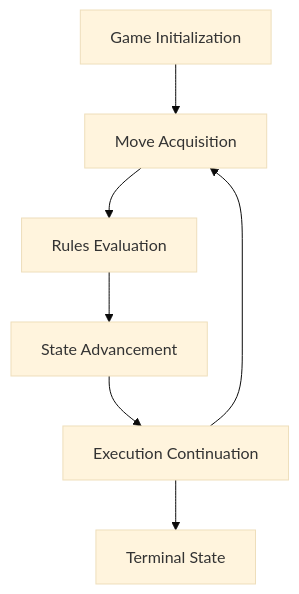
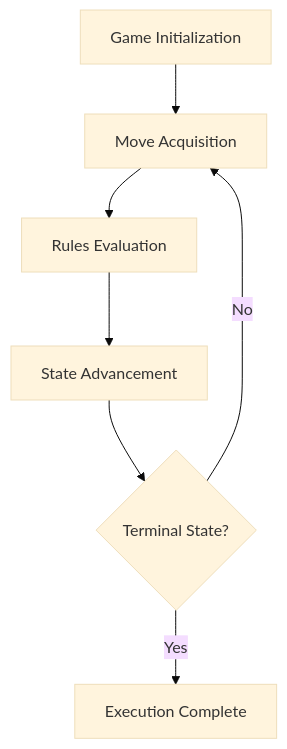
One commit to jagraves21/ludus changed the fourth of 4 diagrams in docs/EXECUTION_MODEL.md. Above: the diagram before and after it, drawn with Mermaid (base theme). The commit also changed other lines of this file and 1 other file, not shown here.

First line of the commit message:
Update Execution Model (#5)

````diff
--- a/docs/EXECUTION_MODEL.md
+++ b/docs/EXECUTION_MODEL.md
@@ -258,17 +293,17 @@
 ```mermaid
 flowchart TD
 	Initialization["Game Initialization"]
 	MoveAcquisition["Move Acquisition"]
 	RulesEvaluation["Rules Evaluation"]
 	StateAdvancement["State Advancement"]
-	ExecutionContinuation["Execution Continuation"]
-	TerminalState["Terminal State"]
+	Terminal{"Terminal State?"}
+	Complete["Execution Complete"]
 
 	Initialization --> MoveAcquisition
 	MoveAcquisition --> RulesEvaluation
 	RulesEvaluation --> StateAdvancement
-	StateAdvancement --> ExecutionContinuation
+	StateAdvancement --> Terminal
 
-	ExecutionContinuation --> MoveAcquisition
-	ExecutionContinuation --> TerminalState
+	Terminal -->|No| MoveAcquisition
+	Terminal -->|Yes| Complete
 ```
````
